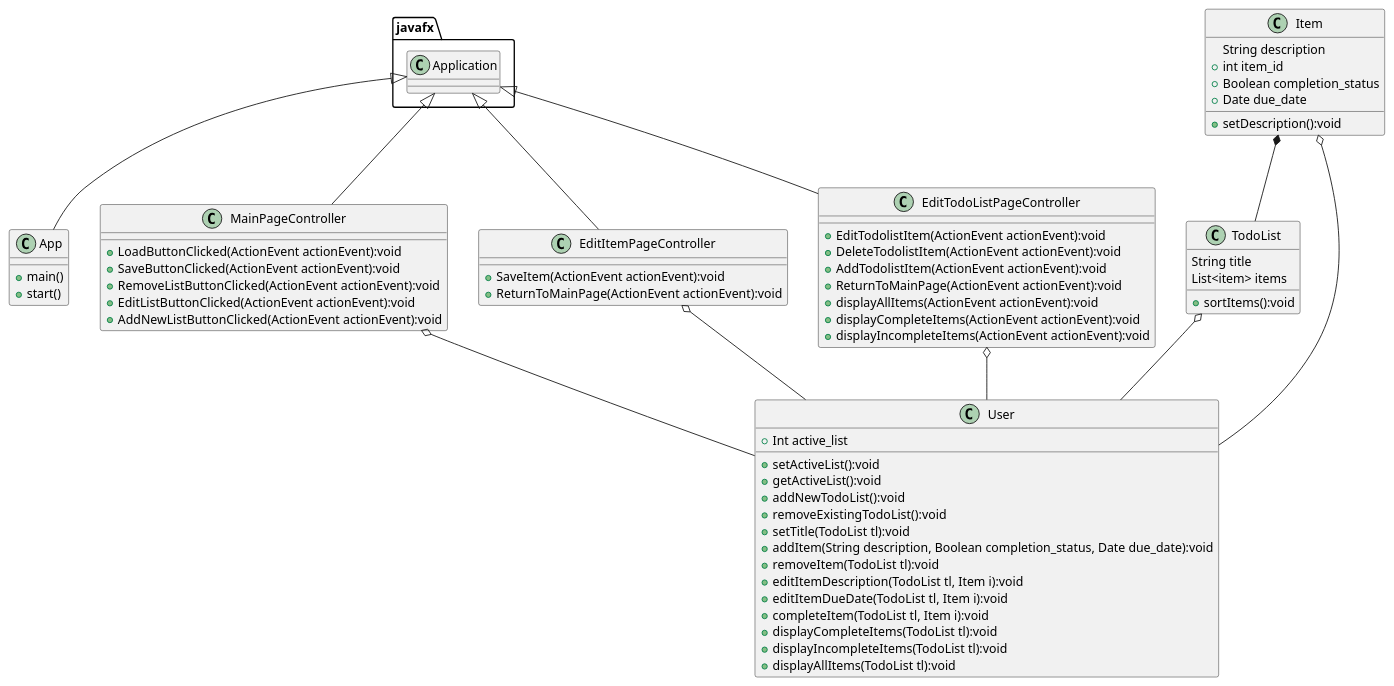
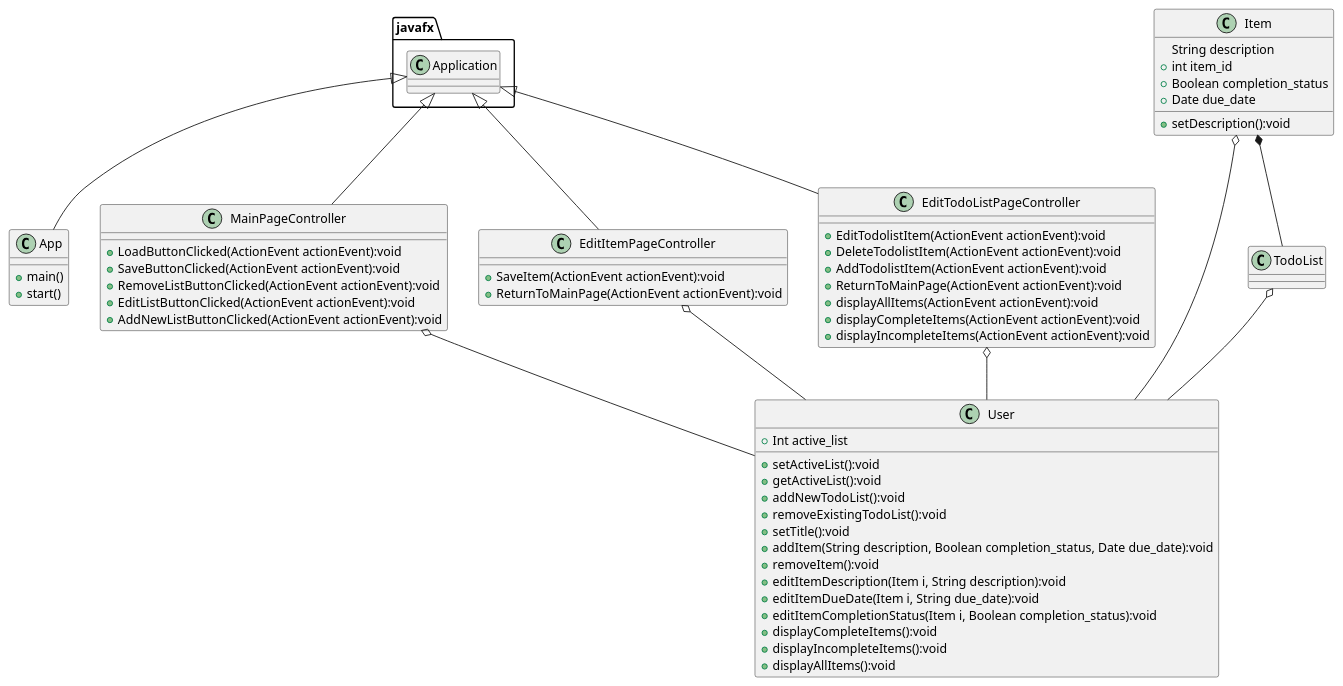
Before and after one commit to Andrew-Shepard/shepard-cop3330-assignment4part2: the diagram in uml/Assigment4Diagram.puml, drawn with PlantUML. The commit also changed 4 other files, not shown here.

```diff
--- a/uml/Assigment4Diagram.puml
+++ b/uml/Assigment4Diagram.puml
@@ -1,67 +1,61 @@
 @startuml
 'https://plantuml.com/class-diagram
 class App{
     +main()
     +start()
-}
-
-class TodoList {
-    String title
-    List<item> items
-    +sortItems():void
 }
 class Item {
     String description
     +int item_id
     +Boolean completion_status
     +Date due_date
     +setDescription():void
 }
 class User {
     +Int active_list
     +setActiveList():void
     +getActiveList():void
     +addNewTodoList():void
     +removeExistingTodoList():void
-    +setTitle(TodoList tl):void
+    +setTitle():void
     +addItem(String description, Boolean completion_status, Date due_date):void
-    +removeItem(TodoList tl):void
-    +editItemDescription(TodoList tl, Item i):void
-    +editItemDueDate(TodoList tl, Item i):void
-    +completeItem(TodoList tl, Item i):void
-    +displayCompleteItems(TodoList tl):void
-    +displayIncompleteItems(TodoList tl):void
-    +displayAllItems(TodoList tl):void
+    +removeItem():void
+    +editItemDescription(Item i, String description):void
+    +editItemDueDate(Item i, String due_date):void
+    +editItemCompletionStatus(Item i, Boolean completion_status):void
+    +displayCompleteItems():void
+    +displayIncompleteItems():void
+    +displayAllItems():void
 }
 class MainPageController{
     +LoadButtonClicked(ActionEvent actionEvent):void
     +SaveButtonClicked(ActionEvent actionEvent):void
     +RemoveListButtonClicked(ActionEvent actionEvent):void
     +EditListButtonClicked(ActionEvent actionEvent):void
     +AddNewListButtonClicked(ActionEvent actionEvent):void
 }
 class EditItemPageController{
     +SaveItem(ActionEvent actionEvent):void
     +ReturnToMainPage(ActionEvent actionEvent):void
 }
 class EditTodoListPageController{
     +EditTodolistItem(ActionEvent actionEvent):void
     +DeleteTodolistItem(ActionEvent actionEvent):void
     +AddTodolistItem(ActionEvent actionEvent):void
     +ReturnToMainPage(ActionEvent actionEvent):void
     +displayAllItems(ActionEvent actionEvent):void
     +displayCompleteItems(ActionEvent actionEvent):void
     +displayIncompleteItems(ActionEvent actionEvent):void
 }
 javafx.Application <|-- App
 javafx.Application <|-- MainPageController
 javafx.Application <|-- EditItemPageController
 javafx.Application <|-- EditTodoListPageController
 MainPageController o-- User
 EditItemPageController o-- User
 EditTodoListPageController o-- User
 Item o-- User
 TodoList o-- User
 Item *-- TodoList
 
 @enduml
```
